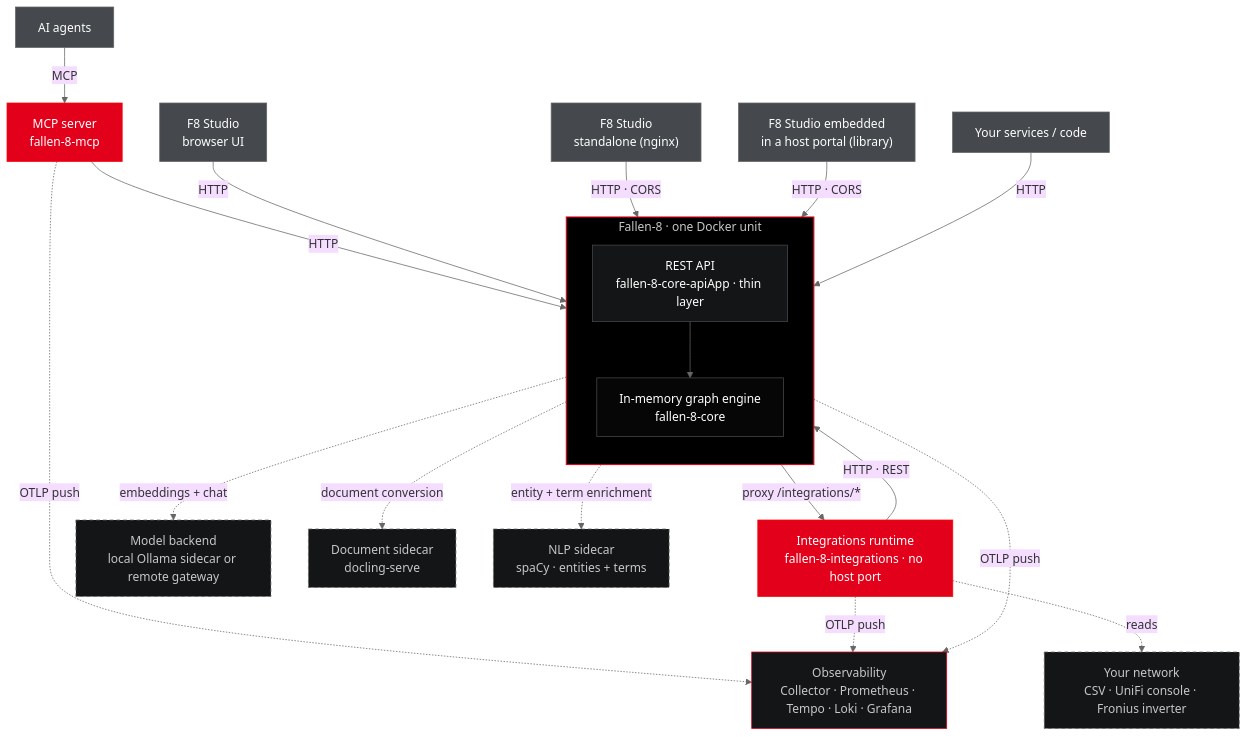
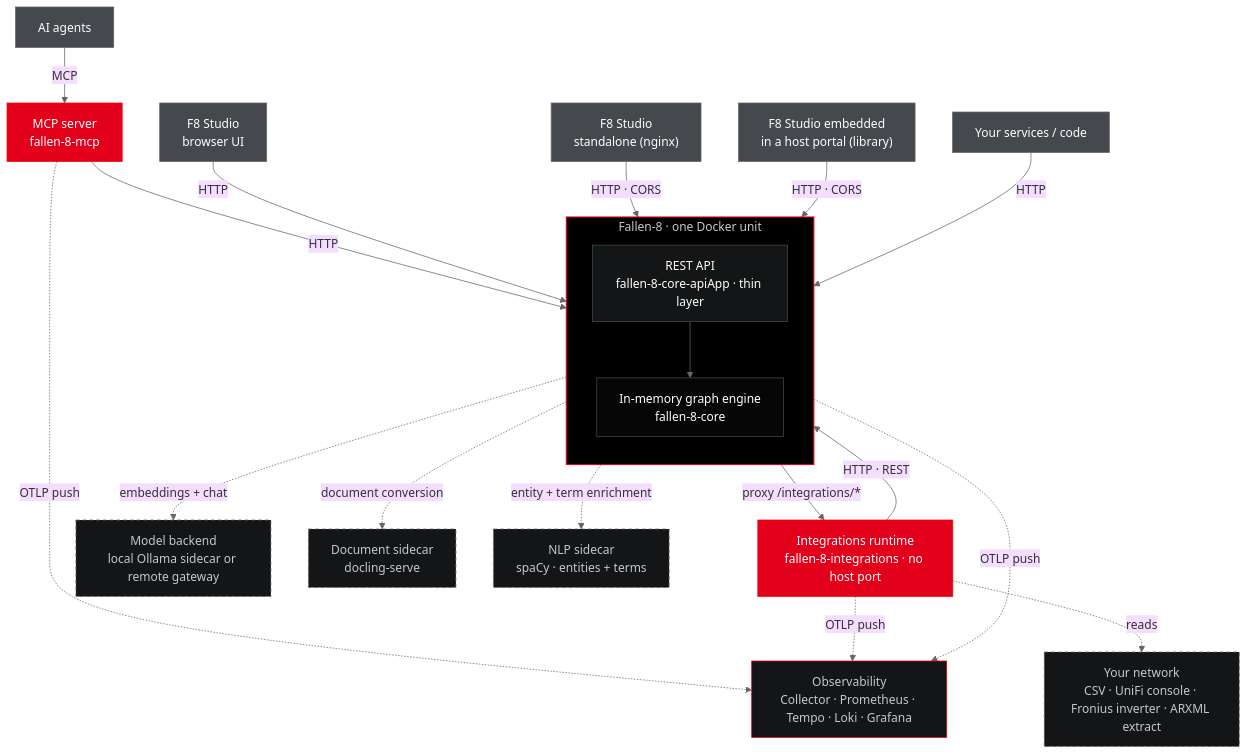
Before and after one commit to cosh/fallen-8-core: the diagram in README.md, drawn with Mermaid. The commit also changed other lines of this file and 5 other files, not shown here.

````diff
--- a/README.md
+++ b/README.md
@@ -125,49 +126,49 @@
 ```mermaid
 %%{init: {'theme':'base','themeVariables':{'fontFamily':'ui-monospace, SFMono-Regular, Menlo, Consolas, monospace','lineColor':'#666666'}}}%%
 flowchart TB
     agents["AI agents"]:::client
     studio["F8 Studio<br/>browser UI"]:::client
     uistandalone["F8 Studio<br/>standalone (nginx)"]:::client
     hostembed["F8 Studio embedded<br/>in a host portal (library)"]:::client
     services["Your services / code"]:::client
 
     mcp["MCP server<br/>fallen-8-mcp"]:::mcp
     integrations["Integrations runtime<br/>fallen-8-integrations · no host port"]:::mcp
 
     subgraph unit["Fallen-8 · one Docker unit"]
         direction TB
         rest["REST API<br/>fallen-8-core-apiApp · thin layer"]:::api
         engine["In-memory graph engine<br/>fallen-8-core"]:::engine
         rest --> engine
     end
 
     sidecar["Model backend<br/>local Ollama sidecar or remote gateway"]:::ext
     docling["Document sidecar<br/>docling-serve"]:::ext
     nlp["NLP sidecar<br/>spaCy · entities + terms"]:::ext
-    sources["Your network<br/>CSV · UniFi console · Fronius inverter"]:::ext
+    sources["Your network<br/>CSV · UniFi console · Fronius inverter · ARXML extract"]:::ext
     obs["Observability<br/>Collector · Prometheus · Tempo · Loki · Grafana"]:::obs
 
     agents -->|MCP| mcp
     mcp -->|HTTP| rest
     studio -->|HTTP| rest
     uistandalone -->|HTTP · CORS| rest
     hostembed -->|HTTP · CORS| rest
     services -->|HTTP| rest
     rest -.->|embeddings + chat| sidecar
     rest -.->|document conversion| docling
     rest -.->|entity + term enrichment| nlp
     rest -.->|OTLP push| obs
     mcp -.->|OTLP push| obs
     rest -->|proxy /integrations/*| integrations
     integrations -->|HTTP · REST| rest
     integrations -.->|reads| sources
     integrations -.->|OTLP push| obs
 
     classDef client fill:#45494D,stroke:#666666,color:#FEFEFE
     classDef mcp fill:#E2001A,stroke:#FC0606,color:#FEFEFE
     classDef api fill:#141516,stroke:#45494D,color:#FEFEFE
     classDef engine fill:#060606,stroke:#45494D,color:#FEFEFE
     classDef ext fill:#141516,stroke:#666666,color:#C6C7C8,stroke-dasharray:5 4
     classDef obs fill:#141516,stroke:#E2001A,color:#C6C7C8
     style unit fill:#000000,stroke:#E2001A,stroke-width:1.5px,color:#C6C7C8
 ```
````
